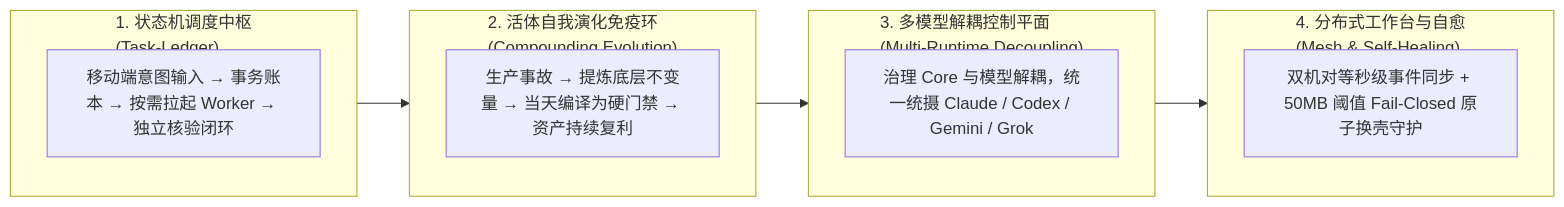
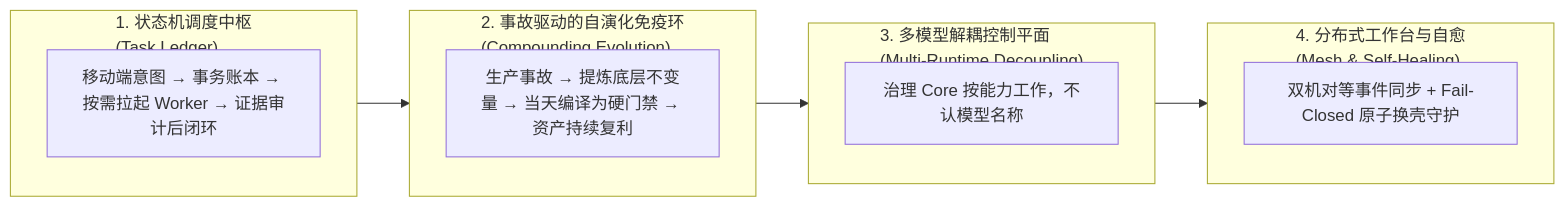
Before and after one commit to vahnxu/agent-fabric: the diagram in README.md, drawn with Mermaid. The commit also changed other lines of this file and 23 other files, not shown here.

````diff
--- a/README.md
+++ b/README.md
@@ -31,16 +33,16 @@
 ```mermaid
 flowchart LR
-    subgraph S1["1. 状态机调度中枢<br>(Task-Ledger)"]
-        S1_A["移动端意图输入 → 事务账本 → 按需拉起 Worker → 独立核验闭环"]
+    subgraph S1["1. 状态机调度中枢<br>(Task Ledger)"]
+        S1_A["移动端意图 → 事务账本 → 按需拉起 Worker → 证据审计后闭环"]
     end
-    subgraph S2["2. 活体自我演化免疫环<br>(Compounding Evolution)"]
+    subgraph S2["2. 事故驱动的自演化免疫环<br>(Compounding Evolution)"]
         S2_A["生产事故 → 提炼底层不变量 → 当天编译为硬门禁 → 资产持续复利"]
     end
     subgraph S3["3. 多模型解耦控制平面<br>(Multi-Runtime Decoupling)"]
-        S3_A["治理 Core 与模型解耦，统一统摄 Claude / Codex / Gemini / Grok"]
+        S3_A["治理 Core 按能力工作，不认模型名称"]
     end
     subgraph S4["4. 分布式工作台与自愈<br>(Mesh & Self-Healing)"]
-        S4_A["双机对等秒级事件同步 + 50MB 阈值 Fail-Closed 原子换壳守护"]
+        S4_A["双机对等事件同步 + Fail-Closed 原子换壳守护"]
     end
     S1 --> S2 --> S3 --> S4
 ```
````
